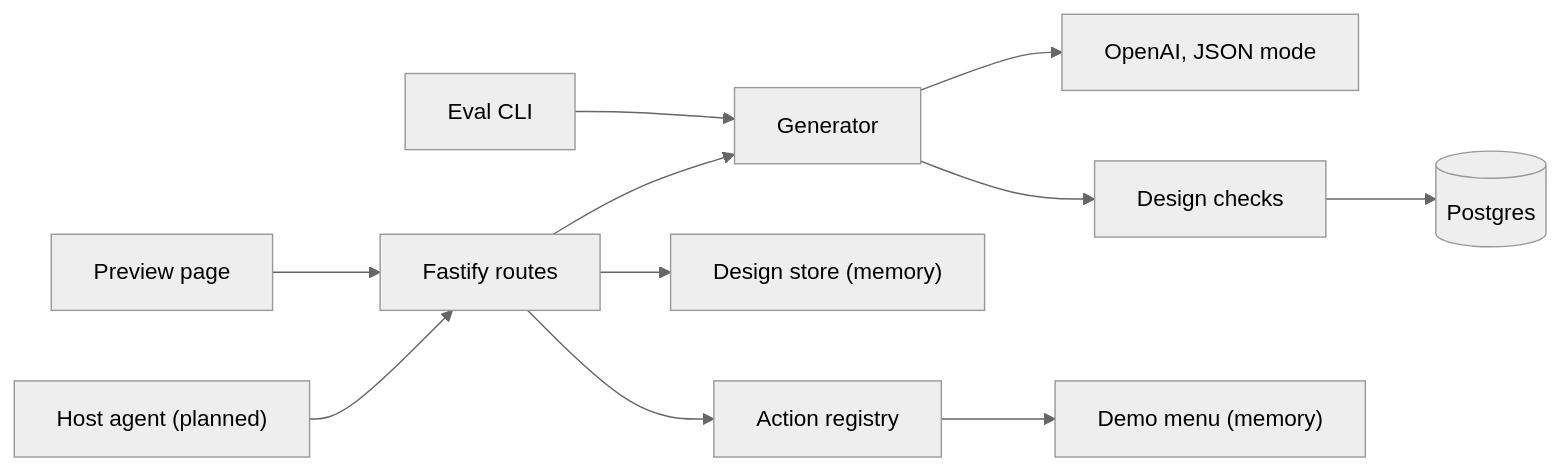
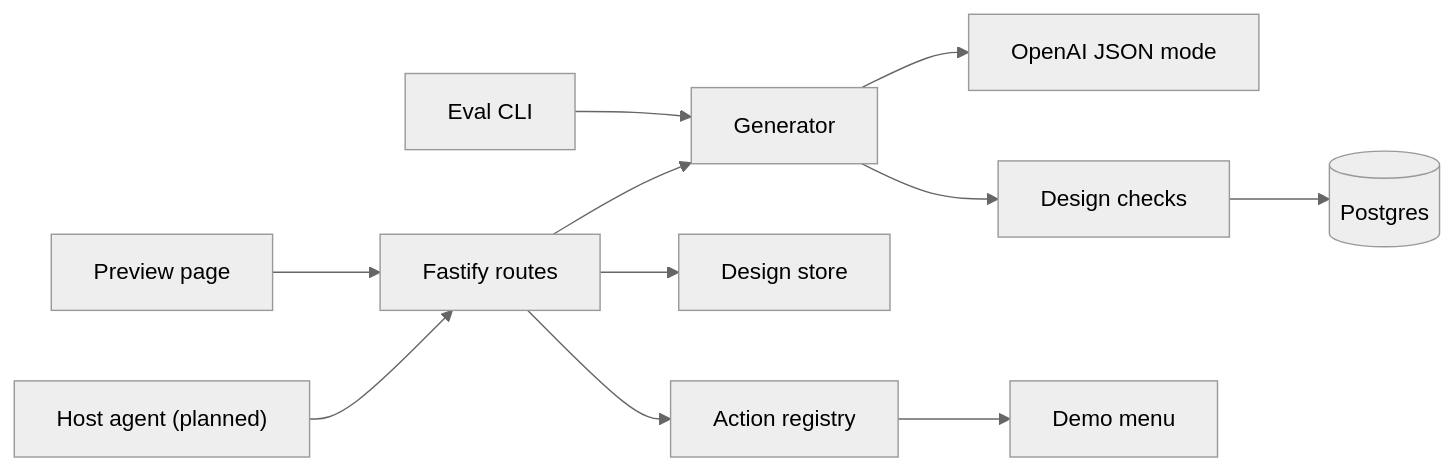
Before and after one commit to daniel-citrus/genui-prototype: the first of 2 diagrams in docs/debrief.md, drawn with Mermaid (neutral theme). The commit also changed other lines of this file, not shown here.

Commit message:
Refresh architecture debrief to match current HEAD.

````diff
--- a/docs/debrief.md
+++ b/docs/debrief.md
@@ -11,13 +11,13 @@
 ```mermaid
 flowchart LR
   Host["Host agent (planned)"] --> Routes["Fastify routes"]
   Preview["Preview page"] --> Routes
   Routes --> Gen["Generator"]
-  Gen --> LLM["OpenAI, JSON mode"]
+  Gen --> LLM["OpenAI JSON mode"]
   Gen --> Checks["Design checks"]
   Checks --> DB[("Postgres")]
-  Routes --> Store["Design store (memory)"]
+  Routes --> Store["Design store"]
   Routes --> Actions["Action registry"]
-  Actions --> Menu["Demo menu (memory)"]
+  Actions --> Menu["Demo menu"]
   Eval["Eval CLI"] --> Gen
 ```
````
